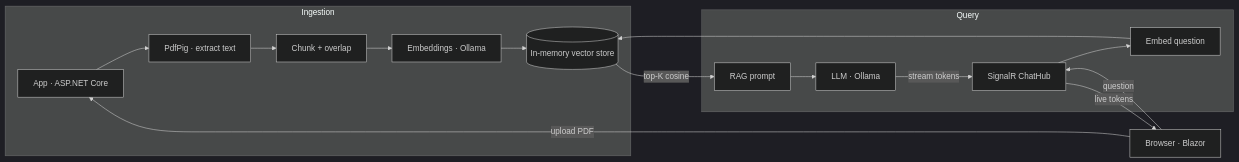
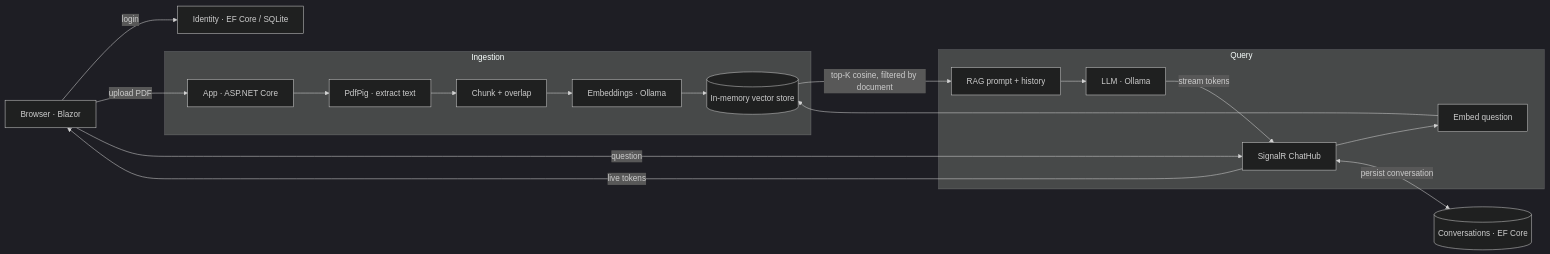
Before and after one commit to areiasdev/SmartDocs-assistente-de-documentos-com-IA-: the diagram in README.md, drawn with Mermaid (dark theme). The commit also changed other lines of this file, not shown here.

````diff
--- a/README.md
+++ b/README.md
@@ -26,19 +29,21 @@
 ```mermaid
 flowchart LR
+    U[Browser · Blazor] -->|login| ID[Identity · EF Core / SQLite]
+    U -->|upload PDF| S[App · ASP.NET Core]
     subgraph Ingestion
-        S[App · ASP.NET Core] --> P[PdfPig · extract text]
+        S --> P[PdfPig · extract text]
         P --> C[Chunk + overlap]
         C --> E[Embeddings · Ollama]
         E --> V[(In-memory vector store)]
     end
+    U -->|question| H[SignalR ChatHub]
     subgraph Query
-        H[SignalR ChatHub] --> Q[Embed question]
+        H --> Q[Embed question]
         Q --> V
-        V -->|top-K cosine| R[RAG prompt]
+        V -->|top-K cosine, filtered by document| R[RAG prompt + history]
         R --> L[LLM · Ollama]
-        L -->|stream tokens| H
     end
-    U[Browser · Blazor] -->|upload PDF| S
-    U -->|question| H
+    L -->|stream tokens| H
     H -->|live tokens| U
+    H <-->|persist conversation| DB[(Conversations · EF Core)]
 ```
````
